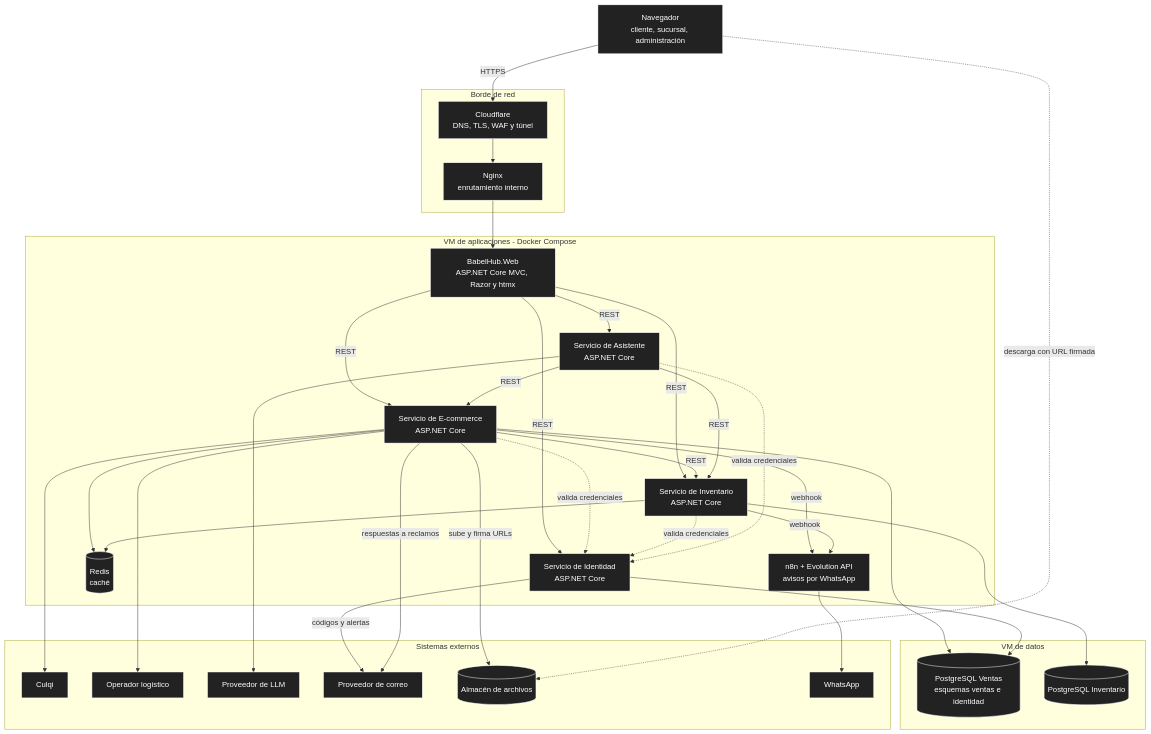
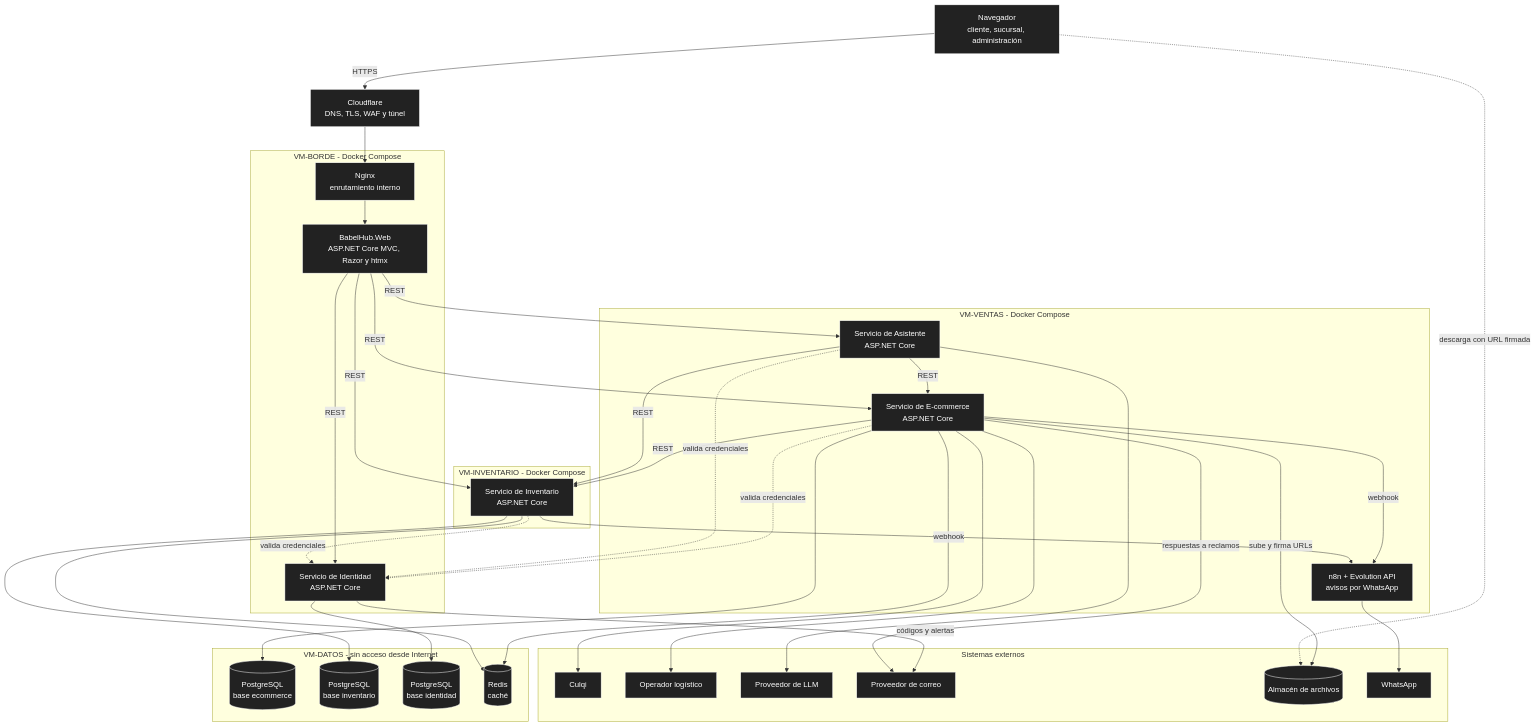
Before and after one commit to P35C4D0R4B1050/BabelHub: the second of 2 diagrams in docs/04-modelo-c4/01-contexto-y-contenedores.md, drawn with Mermaid. The commit also changed other lines of this file and 24 other files, not shown here.

````diff
--- a/docs/04-modelo-c4/01-contexto-y-contenedores.md
+++ b/docs/04-modelo-c4/01-contexto-y-contenedores.md
@@ -58,65 +58,70 @@
 ```mermaid
 flowchart TD
 NAV["Navegador<br/>cliente, sucursal, administración"]
 
-subgraph BORDE["Borde de red"]
 CF["Cloudflare<br/>DNS, TLS, WAF y túnel"]
+
+subgraph BOR["VM-BORDE - Docker Compose"]
 NGX["Nginx<br/>enrutamiento interno"]
+WEB["BabelHub.Web<br/>ASP.NET Core MVC, Razor y htmx"]
+IDE["Servicio de Identidad<br/>ASP.NET Core"]
 end
 
-subgraph APP["VM de aplicaciones - Docker Compose"]
-WEB["BabelHub.Web<br/>ASP.NET Core MVC, Razor y htmx"]
+subgraph VEN["VM-VENTAS - Docker Compose"]
 ECO["Servicio de E-commerce<br/>ASP.NET Core"]
-INV["Servicio de Inventario<br/>ASP.NET Core"]
-IDE["Servicio de Identidad<br/>ASP.NET Core"]
 ASI["Servicio de Asistente<br/>ASP.NET Core"]
-RED[("Redis<br/>caché")]
 N8N["n8n + Evolution API<br/>avisos por WhatsApp"]
 end
 
-subgraph DAT["VM de datos"]
-BDV[("PostgreSQL Ventas<br/>esquemas ventas e identidad")]
-BDI[("PostgreSQL Inventario")]
+subgraph INVM["VM-INVENTARIO - Docker Compose"]
+INV["Servicio de Inventario<br/>ASP.NET Core"]
+end
+
+subgraph DAT["VM-DATOS - sin acceso desde Internet"]
+BDV[("PostgreSQL<br/>base ecommerce")]
+BDI[("PostgreSQL<br/>base inventario")]
+BDD[("PostgreSQL<br/>base identidad")]
+RED[("Redis<br/>caché")]
 end
 
 subgraph EXT["Sistemas externos"]
 PAG["Culqi"]
 ENV["Operador logístico"]
 LLM["Proveedor de LLM"]
 COR["Proveedor de correo"]
 ALM[("Almacén de archivos")]
 WA["WhatsApp"]
 end
 
 NAV -->|"HTTPS"| CF
 CF --> NGX
 NGX --> WEB
 WEB -->|"REST"| ECO
 WEB -->|"REST"| INV
 WEB -->|"REST"| IDE
 WEB -->|"REST"| ASI
 ECO -->|"REST"| INV
 ASI -->|"REST"| ECO
 ASI -->|"REST"| INV
 ECO -.->|"valida credenciales"| IDE
 INV -.->|"valida credenciales"| IDE
 ASI -.->|"valida credenciales"| IDE
 ECO --> BDV
-IDE --> BDV
+IDE --> BDD
 INV --> BDI
 ECO --> RED
 INV --> RED
 ECO -->|"webhook"| N8N
 INV -->|"webhook"| N8N
 N8N --> WA
 ECO --> PAG
 ECO --> ENV
 ECO -->|"sube y firma URLs"| ALM
 IDE -->|"códigos y alertas"| COR
 ECO -->|"respuestas a reclamos"| COR
 ASI --> LLM
 NAV -.->|"descarga con URL firmada"| ALM
 
 classDef n fill:#222,stroke:#fff,color:#fff
-class NAV,CF,NGX,WEB,ECO,INV,IDE,ASI,RED,N8N,BDV,BDI,PAG,ENV,LLM,COR,ALM,WA n
+class NAV,CF,NGX,WEB,ECO,INV,IDE,ASI,RED,N8N,BDV,BDI,BDD,PAG,ENV,LLM,COR,ALM,WA n
 ```
````
